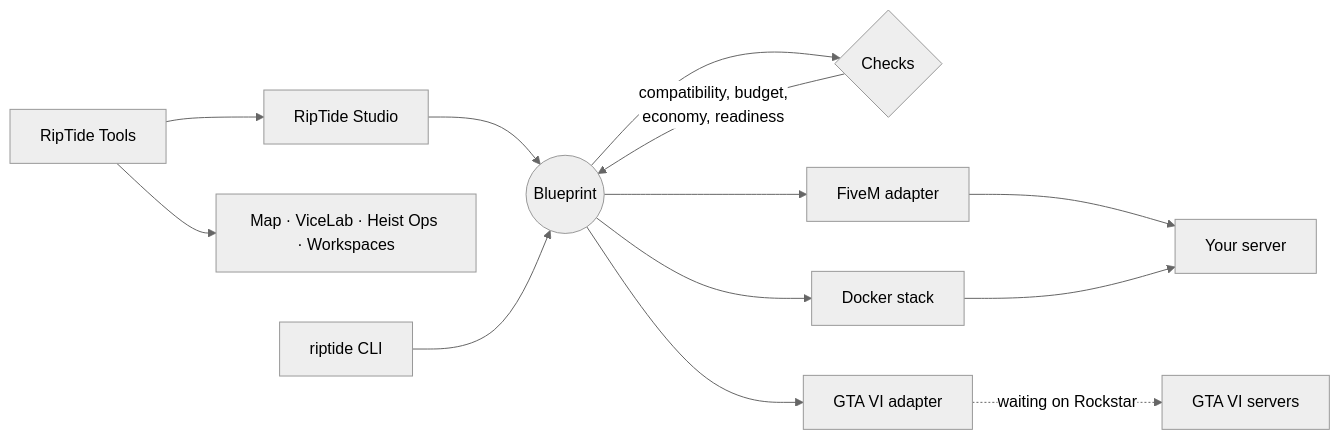
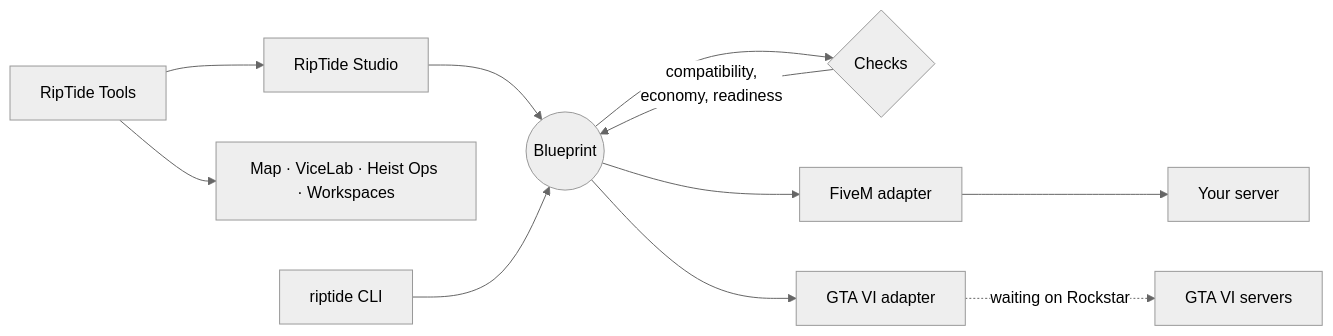
Before and after one commit to DosukaSOL/RipTide: the diagram in README.md, drawn with Mermaid (neutral theme). The commit also changed other lines of this file and 32 other files, not shown here.

````diff
--- a/README.md
+++ b/README.md
@@ -156,15 +154,13 @@
 ```mermaid
 flowchart LR
   T[RipTide Tools] --> S[RipTide Studio]
   T --> M[Map · ViceLab · Heist Ops · Workspaces]
   S --> B((Blueprint))
   C[riptide CLI] --> B
   B --> K{Checks}
-  K -->|compatibility, budget,<br>economy, readiness| B
+  K -->|compatibility,<br>economy, readiness| B
   B --> F[FiveM adapter]
   B --> G[GTA VI adapter]
-  B --> D[Docker stack]
   G -. waiting on Rockstar .-> V[GTA VI servers]
   F --> H[Your server]
-  D --> H
 ```
````
